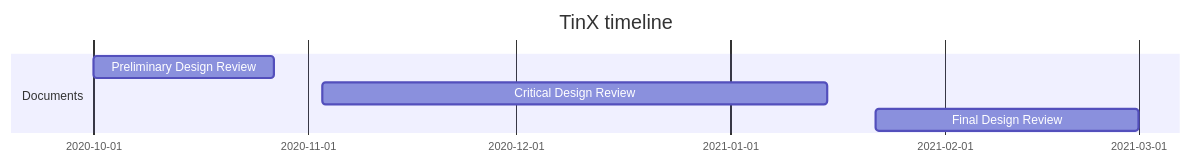
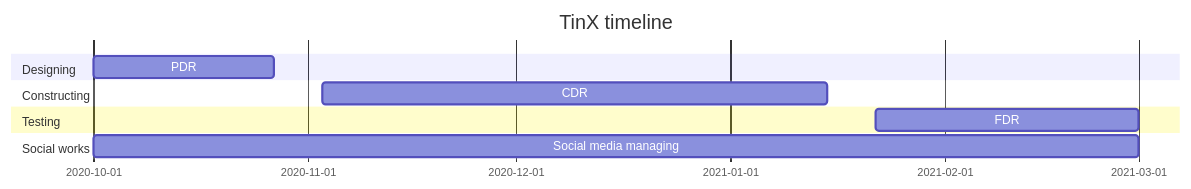
Before and after one commit to TinXsat/project-structure: the diagram in gantt-chart.md, drawn with Mermaid.

Commit message:
Update gantt-chart.md
Make plan of gant chart

````diff
--- a/gantt-chart.md
+++ b/gantt-chart.md
@@ -25,10 +25,15 @@
 ```mermaid
 gantt
     title TinX timeline
     dateFormat  YYYY-MM-DD
     
-    section Documents
-    Preliminary Design Review : 2020-10-01, 2020-10-27
-    Critical Design Review  : 2020-11-03, 2021-01-15
-    Final Design Review : 2021-01-22, 2021-03-01
+    section Designing
+    PDR: 2020-10-01, 2020-10-27
+    section Constructing
+    CDR: 2020-11-03, 2021-01-15
+    section Testing 
+    FDR: 2021-01-22, 2021-03-01
+    section Social works
+    Social media managing: 2020-10-01, 2021-03-01
+    
 ```
````
